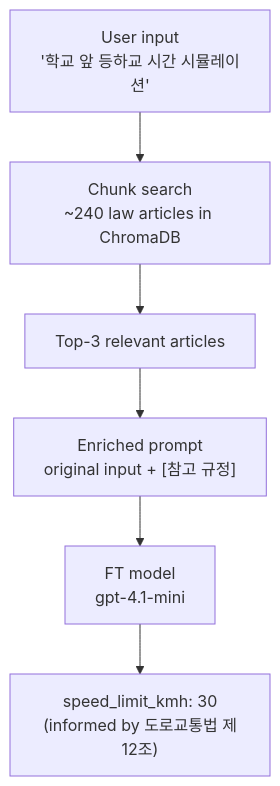
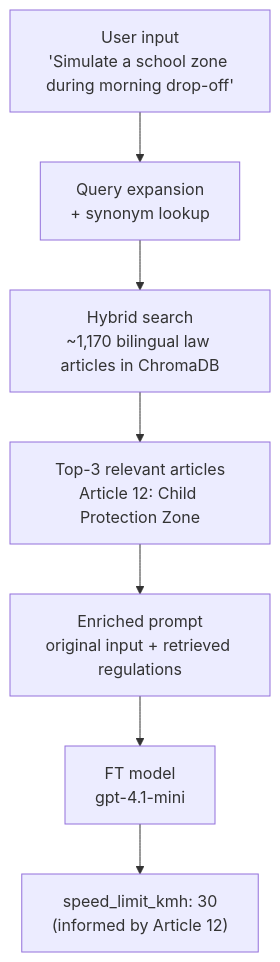
Before and after one commit to sewon-p/sumo-traffic-agent: the fifth of 8 diagrams in README.md, drawn with Mermaid. The commit also changed other lines of this file, not shown here.

Commit message:
Update RAG section with actual benchmark results and bilingual search details

````diff
--- a/README.md
+++ b/README.md
@@ -353,8 +353,9 @@
 ```mermaid
 flowchart TD
-    A["User input\n'학교 앞 등하교 시간 시뮬레이션'"] --> B["Chunk search\n~240 law articles in ChromaDB"]
-    B --> C["Top-3 relevant articles"]
-    C --> D["Enriched prompt\noriginal input + [참고 규정]"]
+    A["User input\n'Simulate a school zone during morning drop-off'"] --> Q["Query expansion\n+ synonym lookup"]
+    Q --> B["Hybrid search\n~1,170 bilingual law articles in ChromaDB"]
+    B --> C["Top-3 relevant articles\nArticle 12: Child Protection Zone"]
+    C --> D["Enriched prompt\noriginal input + retrieved regulations"]
     D --> E["FT model\ngpt-4.1-mini"]
-    E --> F["speed_limit_kmh: 30\n(informed by 도로교통법 제12조)"]
+    E --> F["speed_limit_kmh: 30\n(informed by Article 12)"]
 ```
````
